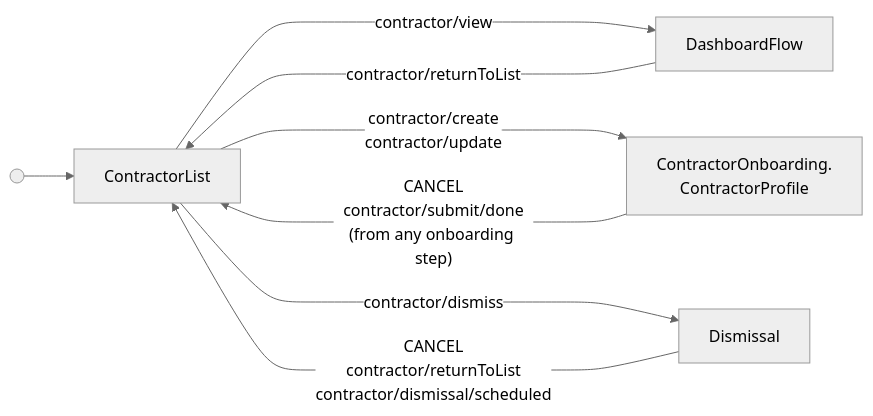
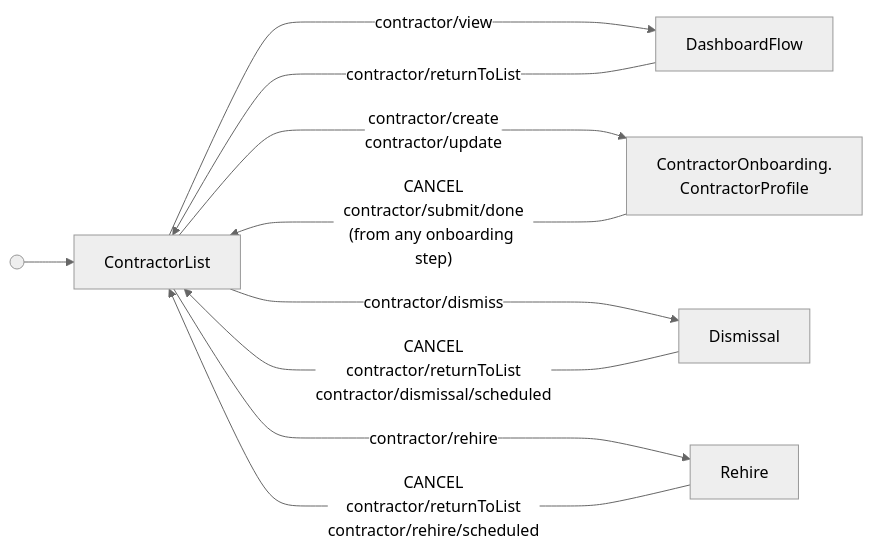
One commit to Gusto/embedded-react-sdk changed the diagram in docs/reference/contractor/management/contractor-list-flow.md. Above: the diagram before and after it, drawn with Mermaid (neutral theme). The commit also changed other lines of this file and 40 other files, not shown here.

First line of the commit message:
feat(SDK-1424)!: add ContractorManagement.Rehire and wire into ContractorListFlow (#3029)

````diff
--- a/docs/reference/contractor/management/contractor-list-flow.md
+++ b/docs/reference/contractor/management/contractor-list-flow.md
@@ -98,14 +108,16 @@
 ```mermaid
 flowchart LR
   start@{ shape: sm-circ } --> ContractorList
 
   ContractorList ---->|"contractor/view"| DashboardFlow
   ContractorList ---->|"contractor/create<br/>contractor/update"| ContractorProfile["ContractorOnboarding.<br/>ContractorProfile"]
   ContractorList ---->|"contractor/dismiss"| Dismissal
+  ContractorList ---->|"contractor/rehire"| Rehire
 
   DashboardFlow -->|"contractor/returnToList"| ContractorList
   ContractorProfile -->|"CANCEL<br/>contractor/submit/done<br/>(from any onboarding step)"| ContractorList
   Dismissal -->|"CANCEL<br/>contractor/returnToList<br/>contractor/dismissal/scheduled"| ContractorList
+  Rehire -->|"CANCEL<br/>contractor/returnToList<br/>contractor/rehire/scheduled"| ContractorList
 
   class DashboardFlow flow
 ```
````
